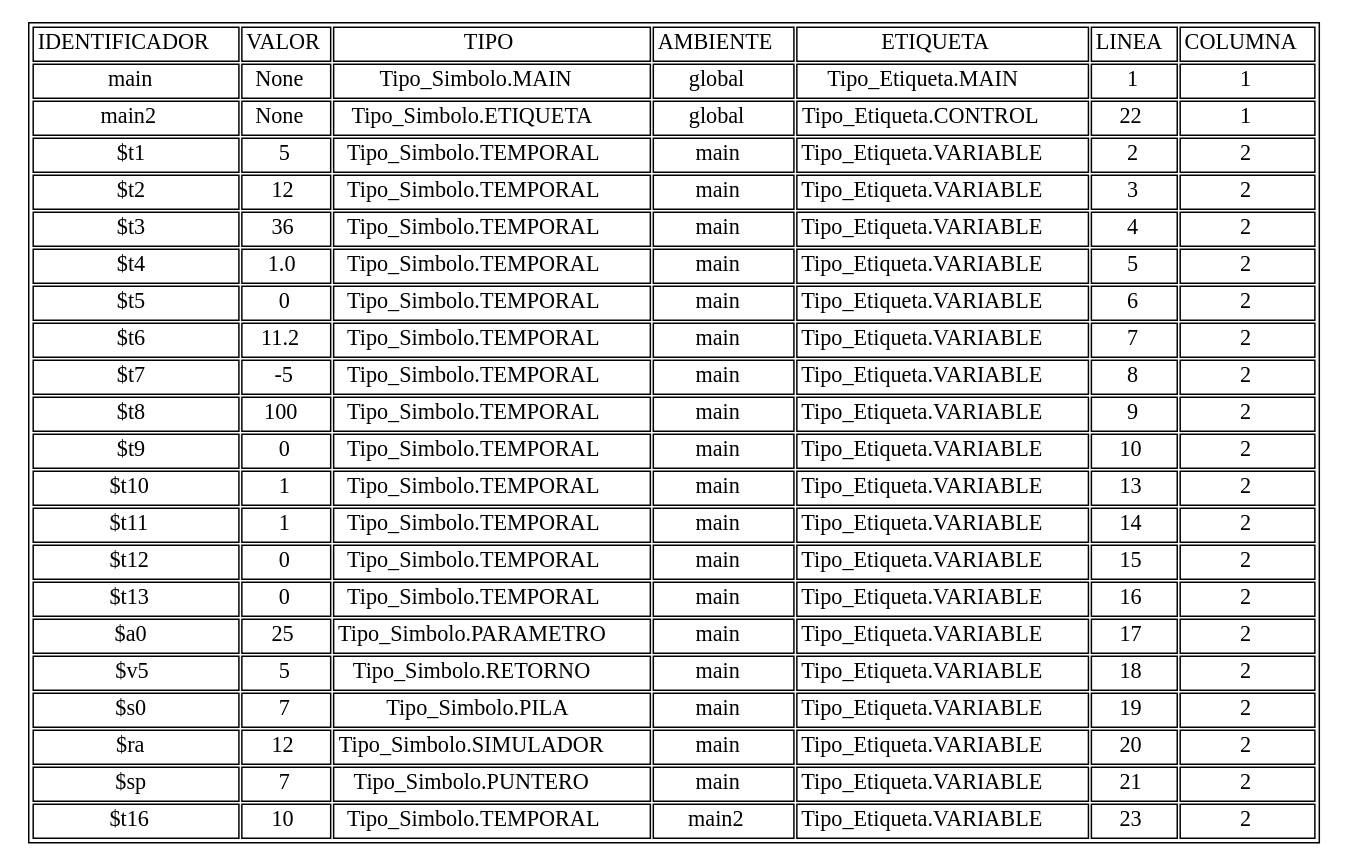
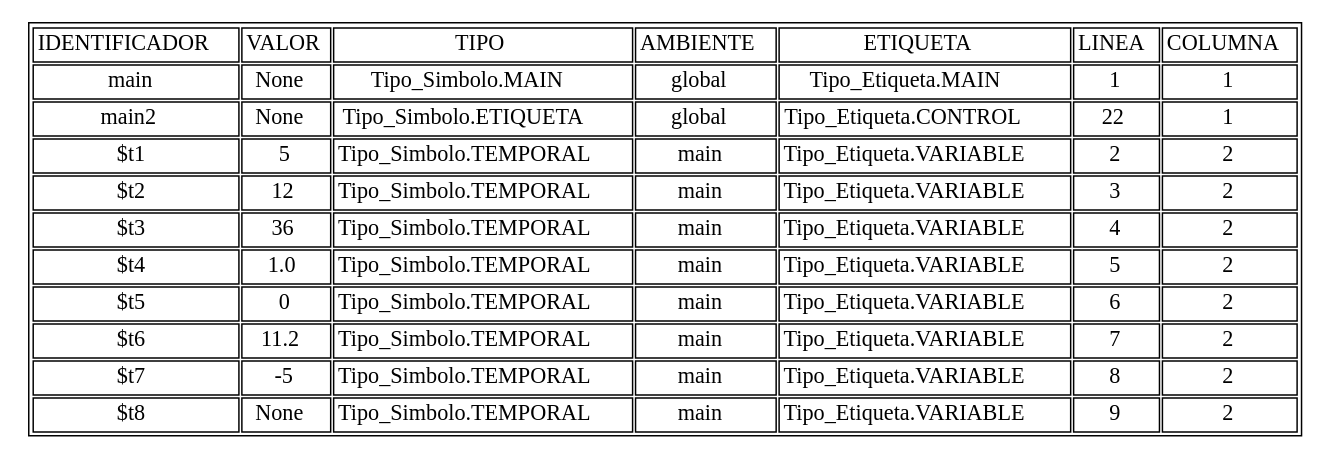
The diagram in tablasimbolos.dot (AndreeAvalos/OLC2-AUGUS), drawn with Graphviz before and after one commit. The commit also changed 4 other files, not shown here.

```diff
--- a/tablasimbolos.dot
+++ b/tablasimbolos.dot
@@ -1,29 +1,18 @@
 digraph tabla{
 graph [ratio=fill];node [label="\N", fontsize=15, shape=plaintext];
 graph [bb="0,0,352,154"];
 arset [label=<<TABLE ALIGN="LEFT">
 <TR><TD>IDENTIFICADOR</TD><TD>VALOR</TD><TD>TIPO</TD><TD>AMBIENTE</TD><TD>ETIQUETA</TD><TD>LINEA</TD><TD>COLUMNA</TD></TR>
 <TR><TD>main</TD><TD>None</TD><TD>Tipo_Simbolo.MAIN</TD><TD>global</TD><TD>Tipo_Etiqueta.MAIN</TD><TD>1</TD><TD>1</TD></TR>
 <TR><TD>main2</TD><TD>None</TD><TD>Tipo_Simbolo.ETIQUETA</TD><TD>global</TD><TD>Tipo_Etiqueta.CONTROL</TD><TD>22</TD><TD>1</TD></TR>
 <TR><TD>$t1</TD><TD>5</TD><TD>Tipo_Simbolo.TEMPORAL</TD><TD>main</TD><TD>Tipo_Etiqueta.VARIABLE</TD><TD>2</TD><TD>2</TD></TR>
 <TR><TD>$t2</TD><TD>12</TD><TD>Tipo_Simbolo.TEMPORAL</TD><TD>main</TD><TD>Tipo_Etiqueta.VARIABLE</TD><TD>3</TD><TD>2</TD></TR>
 <TR><TD>$t3</TD><TD>36</TD><TD>Tipo_Simbolo.TEMPORAL</TD><TD>main</TD><TD>Tipo_Etiqueta.VARIABLE</TD><TD>4</TD><TD>2</TD></TR>
 <TR><TD>$t4</TD><TD>1.0</TD><TD>Tipo_Simbolo.TEMPORAL</TD><TD>main</TD><TD>Tipo_Etiqueta.VARIABLE</TD><TD>5</TD><TD>2</TD></TR>
 <TR><TD>$t5</TD><TD>0</TD><TD>Tipo_Simbolo.TEMPORAL</TD><TD>main</TD><TD>Tipo_Etiqueta.VARIABLE</TD><TD>6</TD><TD>2</TD></TR>
 <TR><TD>$t6</TD><TD>11.2</TD><TD>Tipo_Simbolo.TEMPORAL</TD><TD>main</TD><TD>Tipo_Etiqueta.VARIABLE</TD><TD>7</TD><TD>2</TD></TR>
 <TR><TD>$t7</TD><TD>-5</TD><TD>Tipo_Simbolo.TEMPORAL</TD><TD>main</TD><TD>Tipo_Etiqueta.VARIABLE</TD><TD>8</TD><TD>2</TD></TR>
-<TR><TD>$t8</TD><TD>100</TD><TD>Tipo_Simbolo.TEMPORAL</TD><TD>main</TD><TD>Tipo_Etiqueta.VARIABLE</TD><TD>9</TD><TD>2</TD></TR>
-<TR><TD>$t9</TD><TD>0</TD><TD>Tipo_Simbolo.TEMPORAL</TD><TD>main</TD><TD>Tipo_Etiqueta.VARIABLE</TD><TD>10</TD><TD>2</TD></TR>
-<TR><TD>$t10</TD><TD>1</TD><TD>Tipo_Simbolo.TEMPORAL</TD><TD>main</TD><TD>Tipo_Etiqueta.VARIABLE</TD><TD>13</TD><TD>2</TD></TR>
-<TR><TD>$t11</TD><TD>1</TD><TD>Tipo_Simbolo.TEMPORAL</TD><TD>main</TD><TD>Tipo_Etiqueta.VARIABLE</TD><TD>14</TD><TD>2</TD></TR>
-<TR><TD>$t12</TD><TD>0</TD><TD>Tipo_Simbolo.TEMPORAL</TD><TD>main</TD><TD>Tipo_Etiqueta.VARIABLE</TD><TD>15</TD><TD>2</TD></TR>
-<TR><TD>$t13</TD><TD>0</TD><TD>Tipo_Simbolo.TEMPORAL</TD><TD>main</TD><TD>Tipo_Etiqueta.VARIABLE</TD><TD>16</TD><TD>2</TD></TR>
-<TR><TD>$a0</TD><TD>25</TD><TD>Tipo_Simbolo.PARAMETRO</TD><TD>main</TD><TD>Tipo_Etiqueta.VARIABLE</TD><TD>17</TD><TD>2</TD></TR>
-<TR><TD>$v5</TD><TD>5</TD><TD>Tipo_Simbolo.RETORNO</TD><TD>main</TD><TD>Tipo_Etiqueta.VARIABLE</TD><TD>18</TD><TD>2</TD></TR>
-<TR><TD>$s0</TD><TD>7</TD><TD>Tipo_Simbolo.PILA</TD><TD>main</TD><TD>Tipo_Etiqueta.VARIABLE</TD><TD>19</TD><TD>2</TD></TR>
-<TR><TD>$ra</TD><TD>12</TD><TD>Tipo_Simbolo.SIMULADOR</TD><TD>main</TD><TD>Tipo_Etiqueta.VARIABLE</TD><TD>20</TD><TD>2</TD></TR>
-<TR><TD>$sp</TD><TD>7</TD><TD>Tipo_Simbolo.PUNTERO</TD><TD>main</TD><TD>Tipo_Etiqueta.VARIABLE</TD><TD>21</TD><TD>2</TD></TR>
-<TR><TD>$t16</TD><TD>10</TD><TD>Tipo_Simbolo.TEMPORAL</TD><TD>main2</TD><TD>Tipo_Etiqueta.VARIABLE</TD><TD>23</TD><TD>2</TD></TR>
+<TR><TD>$t8</TD><TD>None</TD><TD>Tipo_Simbolo.TEMPORAL</TD><TD>main</TD><TD>Tipo_Etiqueta.VARIABLE</TD><TD>9</TD><TD>2</TD></TR>
 </TABLE>
 >, ];
 }
```
